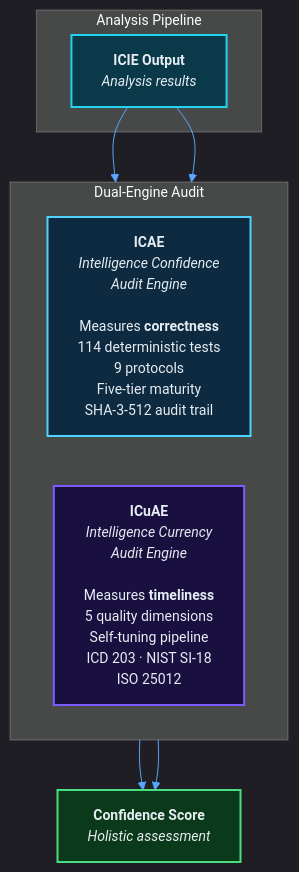
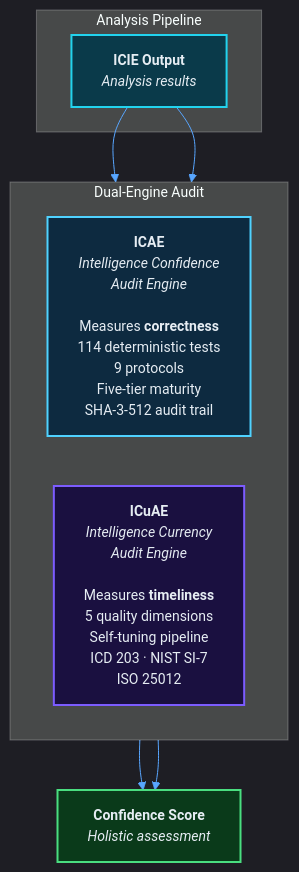
The diagram in docs/diagrams/confidence-framework.mmd (IT-Help-San-Diego/dns-tool-web), drawn with Mermaid before and after one commit. The commit also changed 21 other files, not shown here.

```diff
--- a/docs/diagrams/confidence-framework.mmd
+++ b/docs/diagrams/confidence-framework.mmd
@@ -1,23 +1,23 @@
 %%{ init: { 'theme': 'dark', 'themeVariables': { 'primaryColor': '#1e3a5f', 'primaryTextColor': '#e6edf3', 'primaryBorderColor': '#58a6ff', 'lineColor': '#58a6ff', 'secondaryColor': '#0c1018', 'tertiaryColor': '#111720', 'fontSize': '14px' } } }%%
 graph TD
     subgraph pipeline["Analysis Pipeline"]
         ICIE["<b>ICIE Output</b><br/><i>Analysis results</i>"]:::cyan
     end
 
     subgraph dual["Dual-Engine Audit"]
         direction LR
         ICAE["<b>ICAE</b><br/><i>Intelligence Confidence</i><br/><i>Audit Engine</i><br/><br/>Measures <b>correctness</b><br/>114 deterministic tests<br/>9 protocols<br/>Five-tier maturity<br/>SHA-3-512 audit trail"]:::icae
-        ICuAE["<b>ICuAE</b><br/><i>Intelligence Currency</i><br/><i>Audit Engine</i><br/><br/>Measures <b>timeliness</b><br/>5 quality dimensions<br/>Self-tuning pipeline<br/>ICD 203 · NIST SI-18<br/>ISO 25012"]:::icuae
+        ICuAE["<b>ICuAE</b><br/><i>Intelligence Currency</i><br/><i>Audit Engine</i><br/><br/>Measures <b>timeliness</b><br/>5 quality dimensions<br/>Self-tuning pipeline<br/>ICD 203 · NIST SI-7<br/>ISO 25012"]:::icuae
     end
 
     ICIE --> ICAE
     ICIE --> ICuAE
     ICAE --> SCORE
     ICuAE --> SCORE
 
     SCORE["<b>Confidence Score</b><br/><i>Holistic assessment</i>"]:::green
 
     classDef cyan fill:#0a3a4a,stroke:#22d3ee,stroke-width:2px,color:#e6edf3
     classDef icae fill:#0d2a40,stroke:#4fd2ff,stroke-width:2px,color:#e6edf3
     classDef icuae fill:#1a1040,stroke:#7c5cff,stroke-width:2px,color:#e6edf3
     classDef green fill:#0a3a1a,stroke:#4ade80,stroke-width:2px,color:#e6edf3
```
